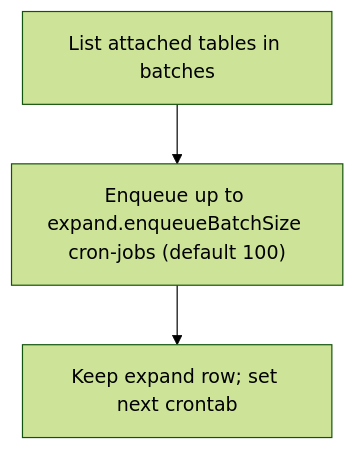
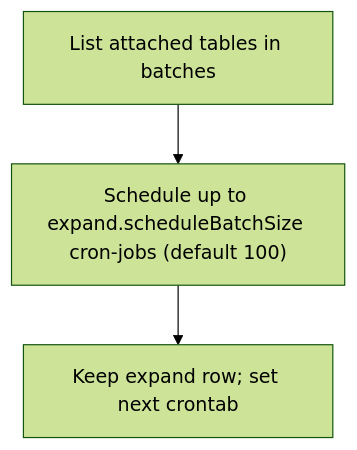
Before and after one commit to apache/gravitino: the first of 6 diagrams in design-docs/table-maintenance-service-design.md, drawn with Mermaid (forest theme). The commit also changed other lines of this file and 26 other files, not shown here.

First line of the commit message:
[MINOR] refactor(tms): Rename enqueue APIs and config to schedule

````diff
--- a/design-docs/table-maintenance-service-design.md
+++ b/design-docs/table-maintenance-service-design.md
@@ -369,5 +369,5 @@
 ```mermaid
 flowchart TD
-  A[List attached tables in batches] --> B["Enqueue up to expand.enqueueBatchSize cron-jobs (default 100)"]
+  A[List attached tables in batches] --> B["Schedule up to expand.scheduleBatchSize cron-jobs (default 100)"]
   B --> C[Keep expand row; set next crontab]
 ```
````
